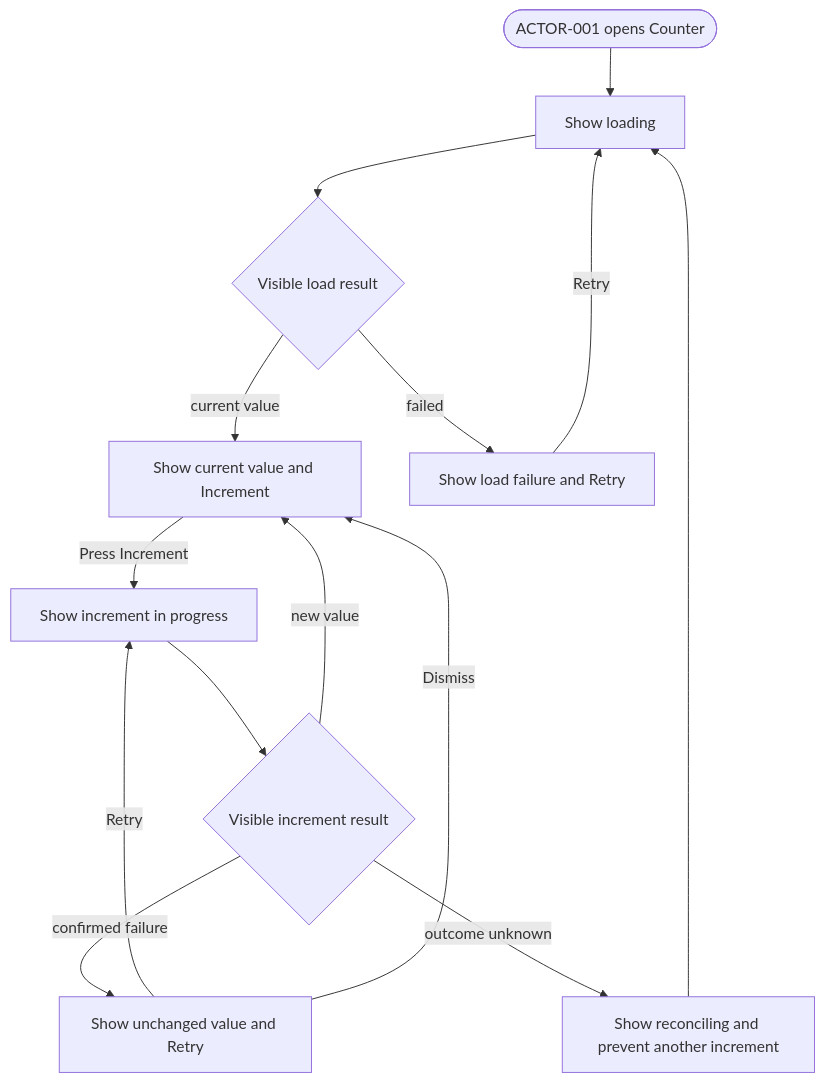
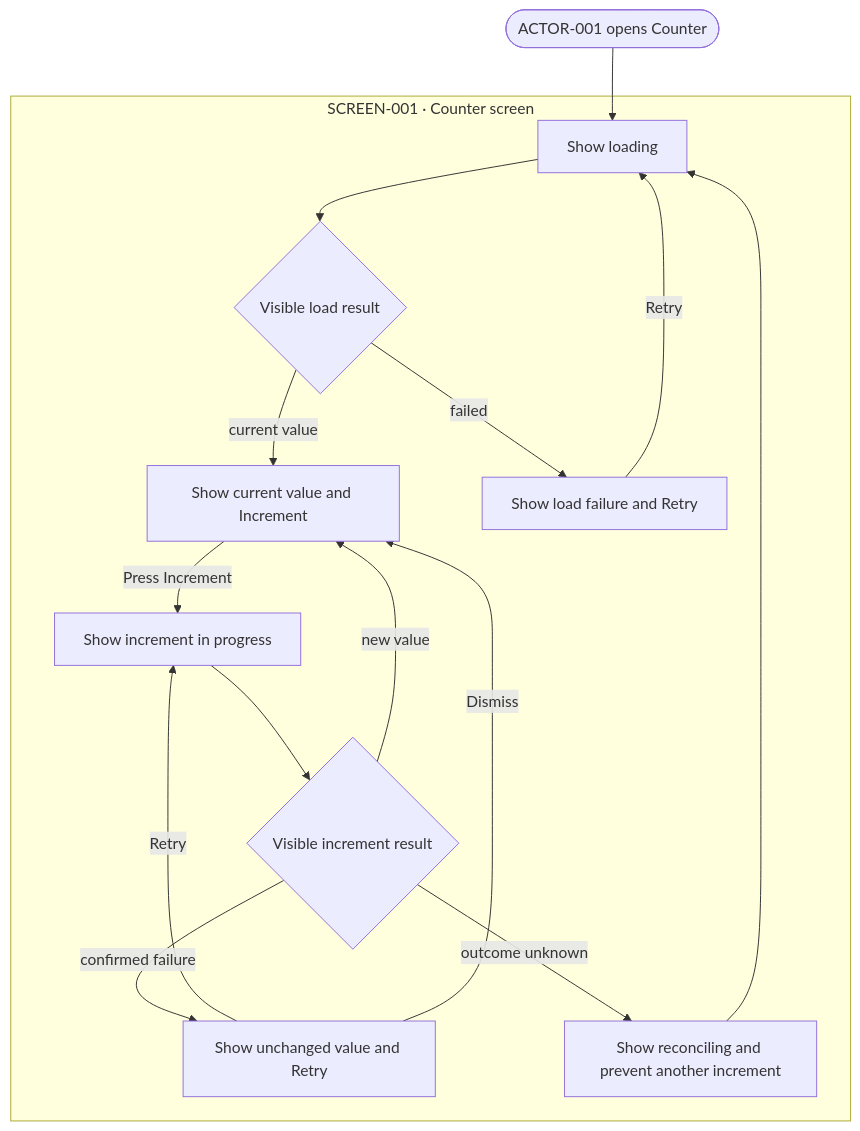
One commit to swabbie-dev/product-intent-package changed the diagram in skills/product-intent-manager/assets/example-product-intent-package/experience/user-flows.md. Above: the diagram before and after it, drawn with Mermaid. The commit also changed 4 other files, not shown here.

Commit message:
Clarify mockup surfaces in user flows

````diff
--- a/skills/product-intent-manager/assets/example-product-intent-package/experience/user-flows.md
+++ b/skills/product-intent-manager/assets/example-product-intent-package/experience/user-flows.md
@@ -9,17 +9,22 @@
 ```mermaid
 flowchart TD
-  START(["ACTOR-001 opens Counter"]) --> LOADING["Show loading"]
-  LOADING --> LOAD_RESULT{"Visible load result"}
-  LOAD_RESULT -->|current value| READY["Show current value and Increment"]
-  LOAD_RESULT -->|failed| LOAD_ERROR["Show load failure and Retry"]
-  LOAD_ERROR -->|Retry| LOADING
+  START(["ACTOR-001 opens Counter"])
 
-  READY -->|Press Increment| SUBMITTING["Show increment in progress"]
-  SUBMITTING --> RESULT{"Visible increment result"}
-  RESULT -->|new value| READY
-  RESULT -->|confirmed failure| RETRY["Show unchanged value and Retry"]
-  RETRY -->|Retry| SUBMITTING
-  RETRY -->|Dismiss| READY
-  RESULT -->|outcome unknown| RECONCILE["Show reconciling and prevent another increment"]
-  RECONCILE --> LOADING
+  subgraph SCREEN_001["SCREEN-001 · Counter screen"]
+    LOADING["Show loading"] --> LOAD_RESULT{"Visible load result"}
+    LOAD_RESULT -->|current value| READY["Show current value and Increment"]
+    LOAD_RESULT -->|failed| LOAD_ERROR["Show load failure and Retry"]
+    LOAD_ERROR -->|Retry| LOADING
+
+    READY -->|Press Increment| SUBMITTING["Show increment in progress"]
+    SUBMITTING --> RESULT{"Visible increment result"}
+    RESULT -->|new value| READY
+    RESULT -->|confirmed failure| RETRY["Show unchanged value and Retry"]
+    RETRY -->|Retry| SUBMITTING
+    RETRY -->|Dismiss| READY
+    RESULT -->|outcome unknown| RECONCILE["Show reconciling and prevent another increment"]
+    RECONCILE --> LOADING
+  end
+
+  START --> LOADING
 ```
````
